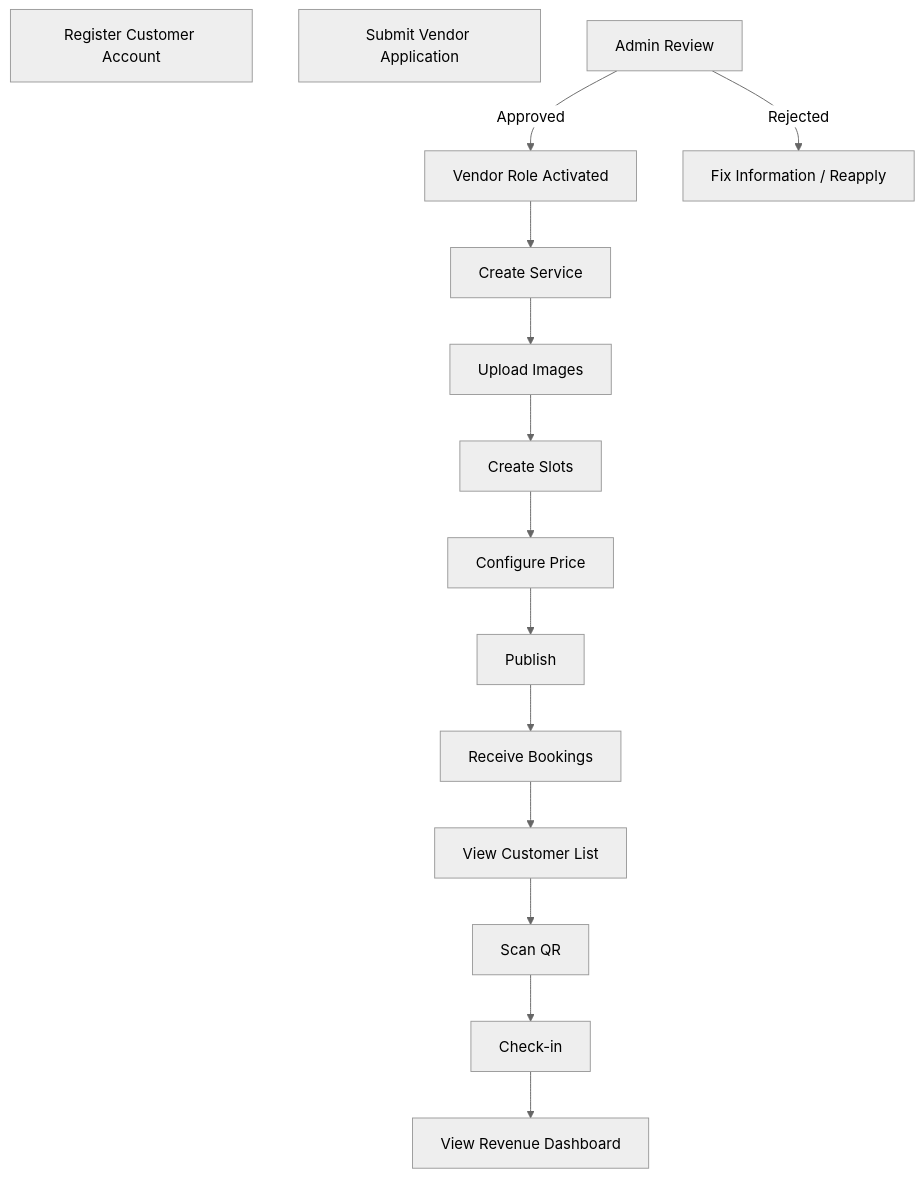
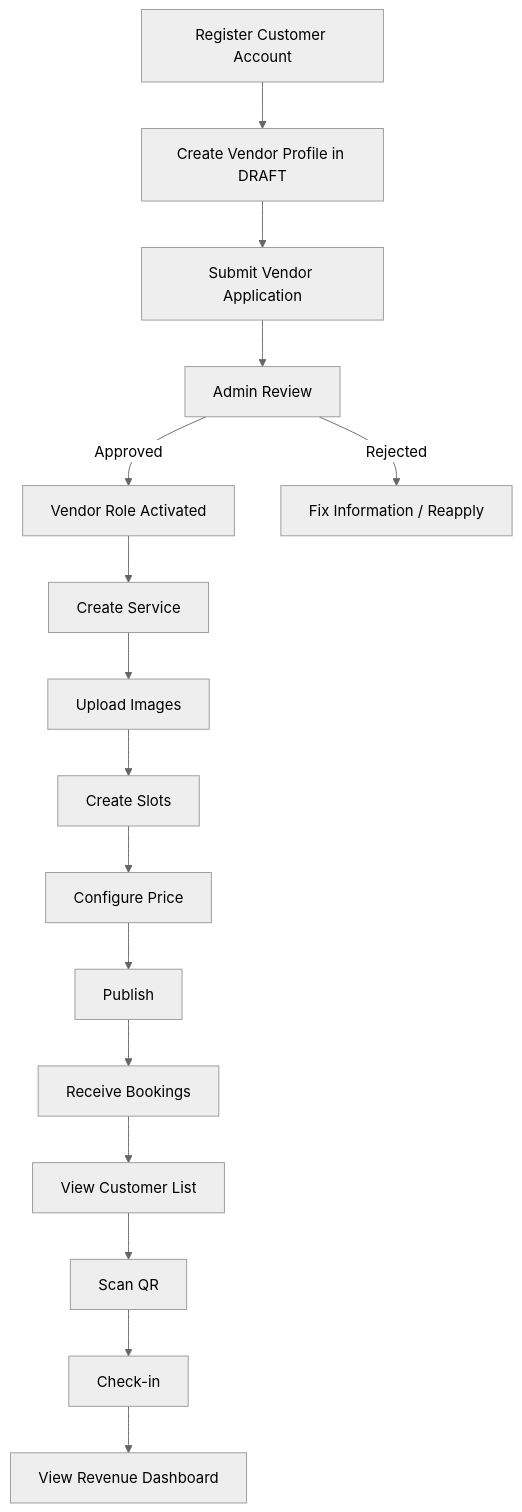
The eighth of 11 diagrams in docs/USER_FLOW.md (SyxThan/GoBookNow), drawn with Mermaid (neutral theme) before and after one commit. The commit also changed other lines of this file and 22 other files, not shown here.

Commit message:
feat(vendor): add vendor profile management

````diff
--- a/docs/USER_FLOW.md
+++ b/docs/USER_FLOW.md
@@ -1594,21 +1594,23 @@
 ```mermaid
 flowchart TD
     A[Register Customer Account]
-    B[Submit Vendor Application]
-    C[Admin Review]
+    B[Create Vendor Profile in DRAFT]
+    C[Submit Vendor Application]
+    D[Admin Review]
 
-    C -->|Approved| D[Vendor Role Activated]
-    C -->|Rejected| X[Fix Information / Reapply]
+    A --> B --> C --> D
+    D -->|Approved| E[Vendor Role Activated]
+    D -->|Rejected| X[Fix Information / Reapply]
 
-    D --> E[Create Service]
-    E --> F[Upload Images]
-    F --> G[Create Slots]
-    G --> H[Configure Price]
-    H --> I[Publish]
+    E --> F[Create Service]
+    F --> G[Upload Images]
+    G --> H[Create Slots]
+    H --> I[Configure Price]
+    I --> J[Publish]
 
-    I --> J[Receive Bookings]
-    J --> K[View Customer List]
-    K --> L[Scan QR]
-    L --> M[Check-in]
-    M --> N[View Revenue Dashboard]
+    J --> K[Receive Bookings]
+    K --> L[View Customer List]
+    L --> M[Scan QR]
+    M --> N[Check-in]
+    N --> O[View Revenue Dashboard]
 ```
````
